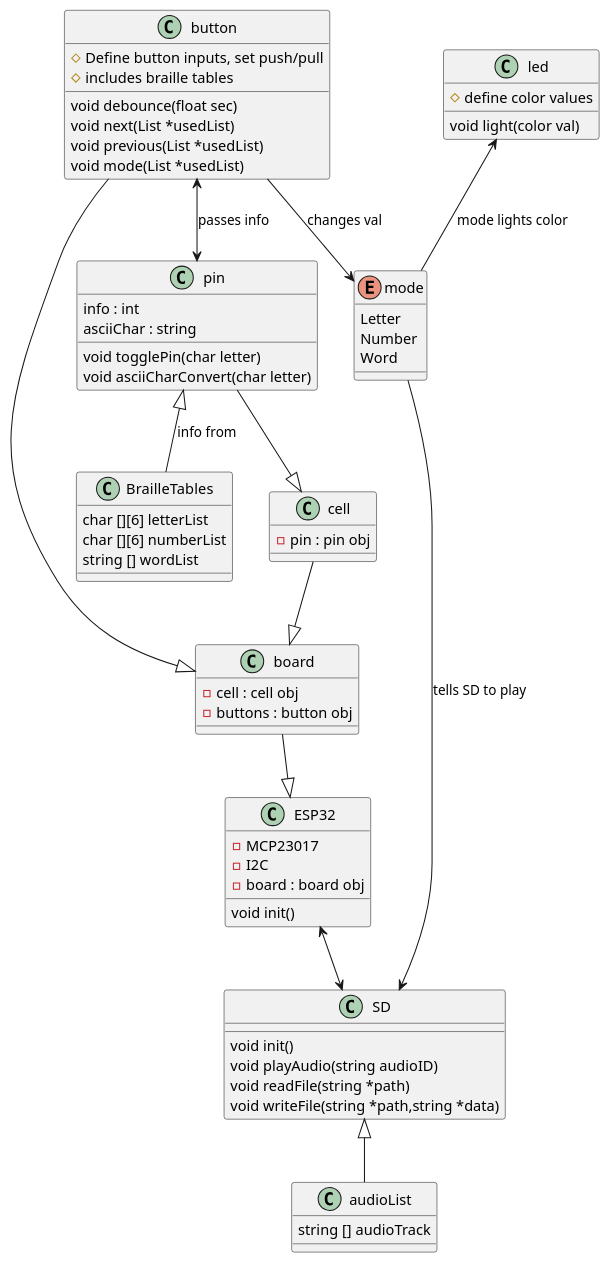
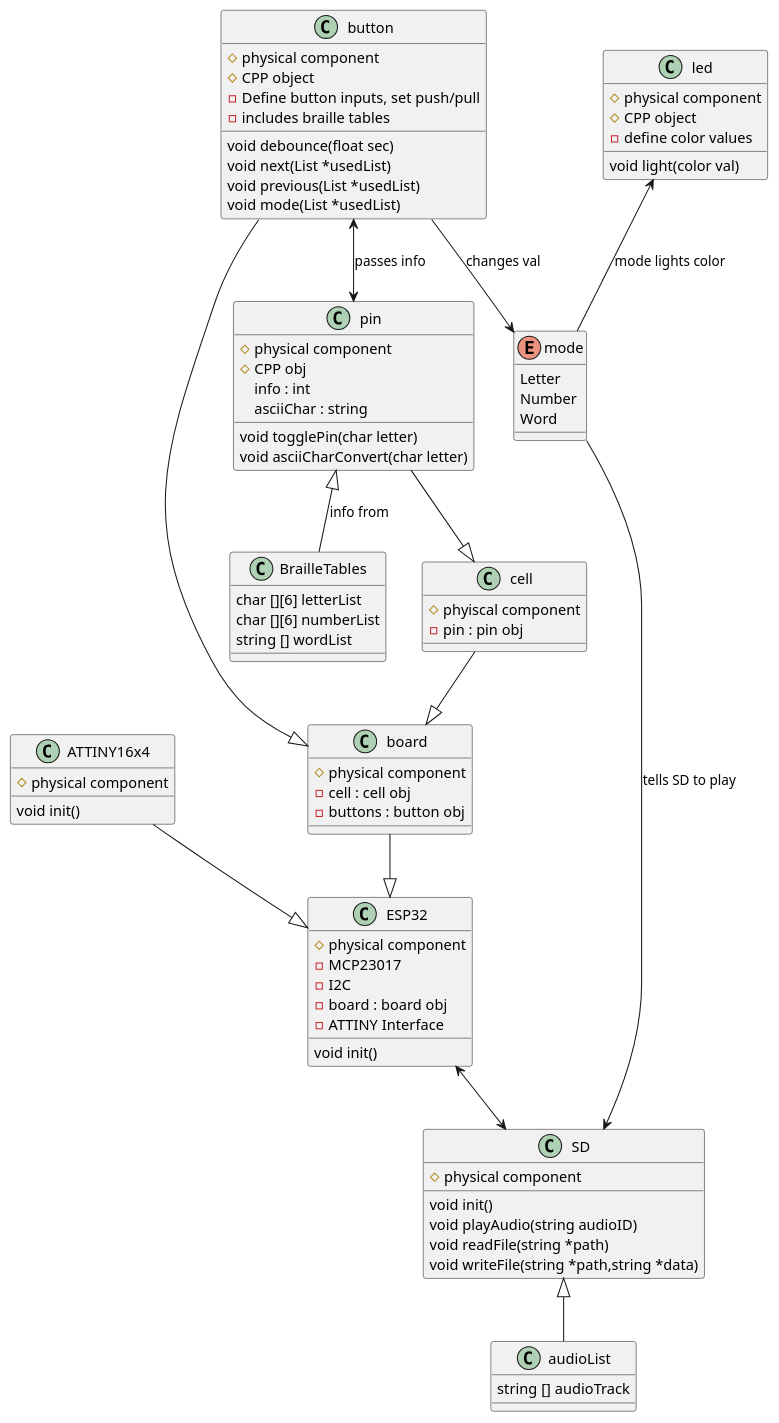
The diagram in Braille_Project/main/Braille.puml (nathe6/ENGR696-Braille), drawn with PlantUML before and after one commit.

Commit message:
Updated UMLs w/ indication

```diff
--- a/Braille_Project/main/Braille.puml
+++ b/Braille_Project/main/Braille.puml
@@ -1,78 +1,95 @@
 @startuml braille
 ' skinparam linetype polyline
 
 together {
     class board {
+        # physical component
         - cell : cell obj
         - buttons : button obj
     }
 
     class cell {
+        # phyiscal component
         - pin : pin obj
     }
 
         cell --|> board
         button --|> board
         pin --|> cell
 
     class pin {
+        #physical component
+        #CPP obj
         info : int
         asciiChar : string
         void togglePin(char letter)
         void asciiCharConvert(char letter)
     }
 
         pin <|-- BrailleTables : info from
         BrailleTables : char [][6] letterList
         BrailleTables : char [][6] numberList
         BrailleTables : string [] wordList
 
     class button {
-        #Define button inputs, set push/pull
-        #includes braille tables
+        # physical component
+        # CPP object
+        - Define button inputs, set push/pull
+        - includes braille tables
         void debounce(float sec) 
         void next(List *usedList) 
         void previous(List *usedList)
         void mode(List *usedList)
     }
 
         button <--> pin : passes info 
         button --> mode : changes val
 
 }
 
 class ESP32 {
+    # physical component
     - MCP23017
     - I2C
     - board : board obj
+    - ATTINY Interface
     void init()
 }
 
+class ATTINY16x4 {
+    # physical component
+    void init()
+}
+
+    ATTINY16x4 --|> ESP32
     board --|> ESP32
 
 class SD {
+    # physical component
     void init()
     void playAudio(string audioID)
     void readFile(string *path)
     void writeFile(string *path,string *data)
 }
 
     SD <|-- audioList 
     audioList : string [] audioTrack
     mode -> SD : tells SD to play
     ESP32 <--> SD 
 
 class led {
-    #define color values
+    # physical component
+    # CPP object
+    - define color values
     void light(color val)
 }
 
     led <-- mode : mode lights color
 
 enum mode {
     Letter
     Number
     Word
 } 
 
 @enduml
```
